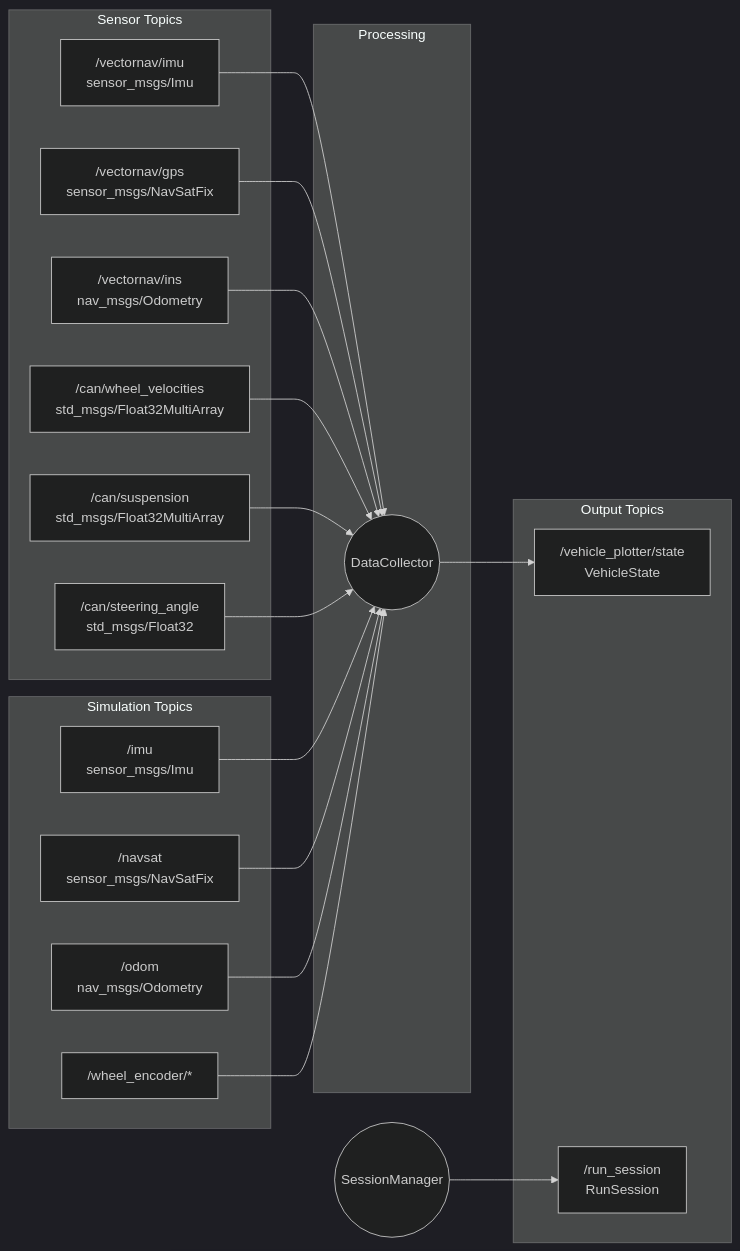
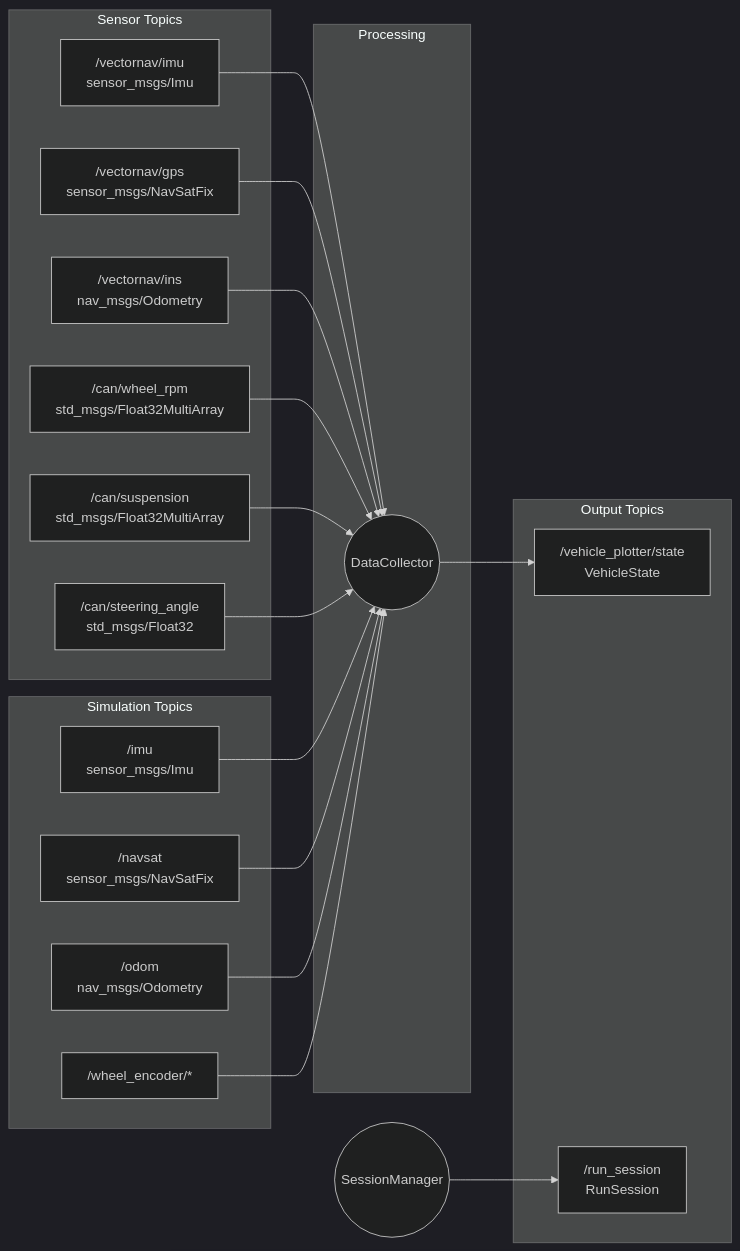
The second of 7 diagrams in docs/ARCHITECTURE.md (ZenMaster609/Master), drawn with Mermaid (dark theme) before and after one commit. The commit also changed other lines of this file and 37 other files, not shown here.

````diff
--- a/docs/ARCHITECTURE.md
+++ b/docs/ARCHITECTURE.md
@@ -63,43 +63,43 @@
 ```mermaid
 graph LR
     subgraph "Sensor Topics"
         IMU["/vectornav/imu\nsensor_msgs/Imu"]
         GPS["/vectornav/gps\nsensor_msgs/NavSatFix"]
         INS["/vectornav/ins\nnav_msgs/Odometry"]
-        WV["/can/wheel_velocities\nstd_msgs/Float32MultiArray"]
+        WV["/can/wheel_rpm\nstd_msgs/Float32MultiArray"]
         SUS["/can/suspension\nstd_msgs/Float32MultiArray"]
         STR["/can/steering_angle\nstd_msgs/Float32"]
     end
 
     subgraph "Simulation Topics"
         SIMU["/imu\nsensor_msgs/Imu"]
         SIMGPS["/navsat\nsensor_msgs/NavSatFix"]
         ODOM["/odom\nnav_msgs/Odometry"]
         ENC["/wheel_encoder/*"]
     end
 
     subgraph "Processing"
         DC((DataCollector))
     end
 
     subgraph "Output Topics"
         VS["/vehicle_plotter/state\nVehicleState"]
         RS["/run_session\nRunSession"]
     end
 
     IMU --> DC
     GPS --> DC
     INS --> DC
     WV --> DC
     SUS --> DC
     STR --> DC
 
     SIMU --> DC
     SIMGPS --> DC
     ODOM --> DC
     ENC --> DC
 
     DC --> VS
 
     SM((SessionManager)) --> RS
 ```
````
